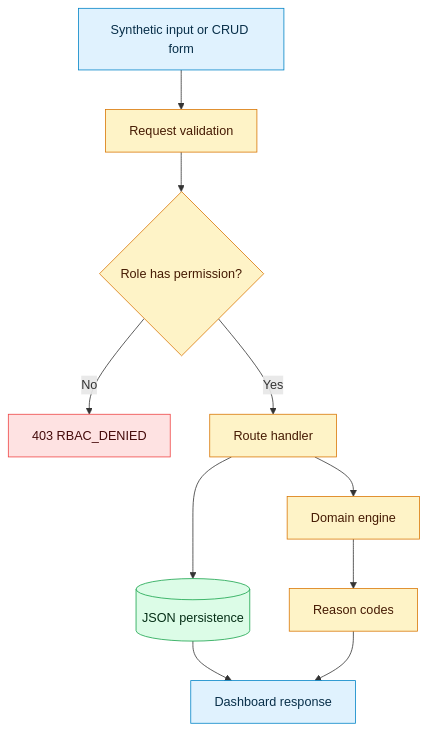
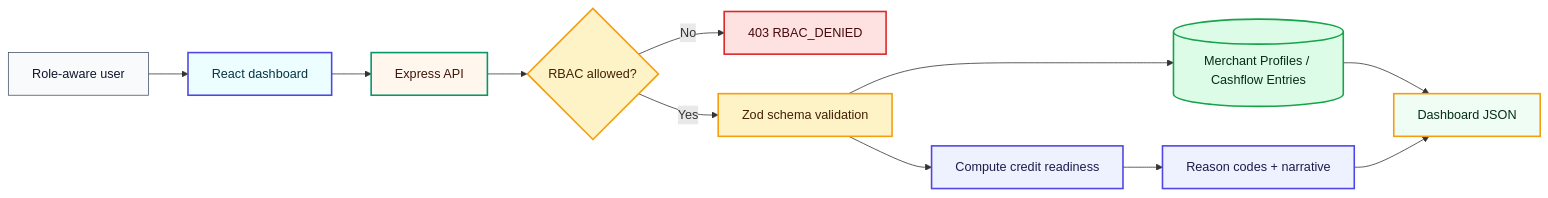
Before and after one commit to jprbom/cashflow-memory-for-bharat: the second of 4 diagrams in docs/DIAGRAMS.md, drawn with Mermaid. The commit also changed other lines of this file and 6 other files, not shown here.

```diff
--- a/docs/DIAGRAMS.md
+++ b/docs/DIAGRAMS.md
@@ -27,20 +31,22 @@
 ~~~mermaid
-flowchart TD
-  A["Synthetic input or CRUD form"] --> B["Request validation"]
-  B --> C{"Role has permission?"}
-  C -- No --> D["403 RBAC_DENIED"]
-  C -- Yes --> E["Route handler"]
-  E --> F[("JSON persistence")]
-  E --> G["Domain engine"]
-  G --> H["Reason codes"]
-  F --> I["Dashboard response"]
-  H --> I
-  classDef start fill:#e0f2fe,stroke:#0284c7,color:#082f49
-  classDef guard fill:#fef3c7,stroke:#d97706,color:#451a03
-  classDef stop fill:#fee2e2,stroke:#ef4444,color:#450a0a
-  classDef data fill:#dcfce7,stroke:#16a34a,color:#052e16
-  class A,I start
-  class B,C,E,G,H guard
-  class D stop
-  class F data
+flowchart LR
+  User["Role-aware user"]:::user --> UI["React dashboard"]:::ui
+  UI --> API["Express API"]:::api
+  API --> Guard{"RBAC allowed?"}:::guard
+  Guard -- "No" --> Deny["403 RBAC_DENIED"]:::deny
+  Guard -- "Yes" --> Validate["Zod schema validation"]:::guard
+  Validate --> Store[("Merchant Profiles / Cashflow Entries")]:::data
+  Validate --> Engine["Compute credit readiness"]:::model
+  Store --> Response["Dashboard JSON"]:::output
+  Engine --> Explain["Reason codes + narrative"]:::model
+  Explain --> Response
+
+  classDef user fill:#f8fafc,stroke:#475569,color:#0f172a
+  classDef ui fill:#ecfeff,stroke:#4f46e5,stroke-width:2px,color:#083344
+  classDef api fill:#fff7ed,stroke:#059669,stroke-width:2px,color:#431407
+  classDef guard fill:#fef3c7,stroke:#f59e0b,stroke-width:2px,color:#422006
+  classDef deny fill:#fee2e2,stroke:#dc2626,stroke-width:2px,color:#450a0a
+  classDef data fill:#dcfce7,stroke:#16a34a,stroke-width:2px,color:#052e16
+  classDef model fill:#eef2ff,stroke:#4f46e5,stroke-width:2px,color:#1e1b4b
+  classDef output fill:#f0fdf4,stroke:#f59e0b,stroke-width:2px,color:#052e16
 ~~~
```
